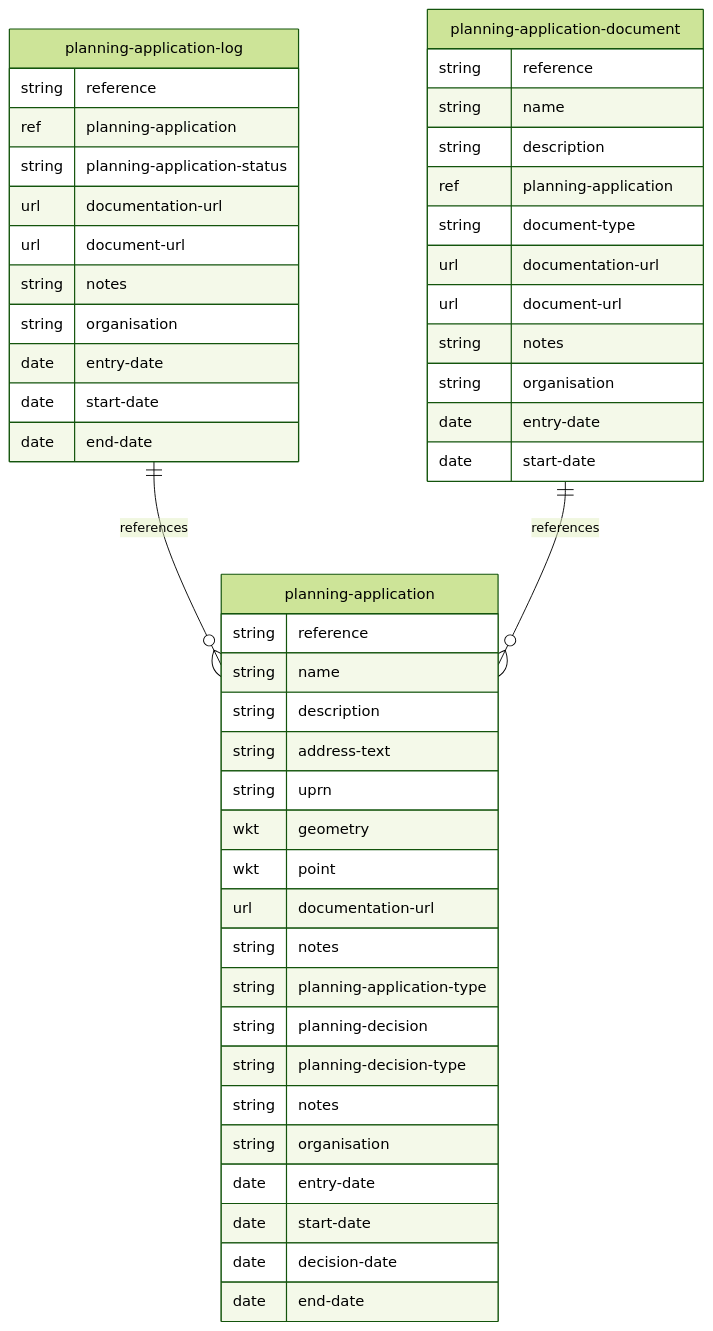
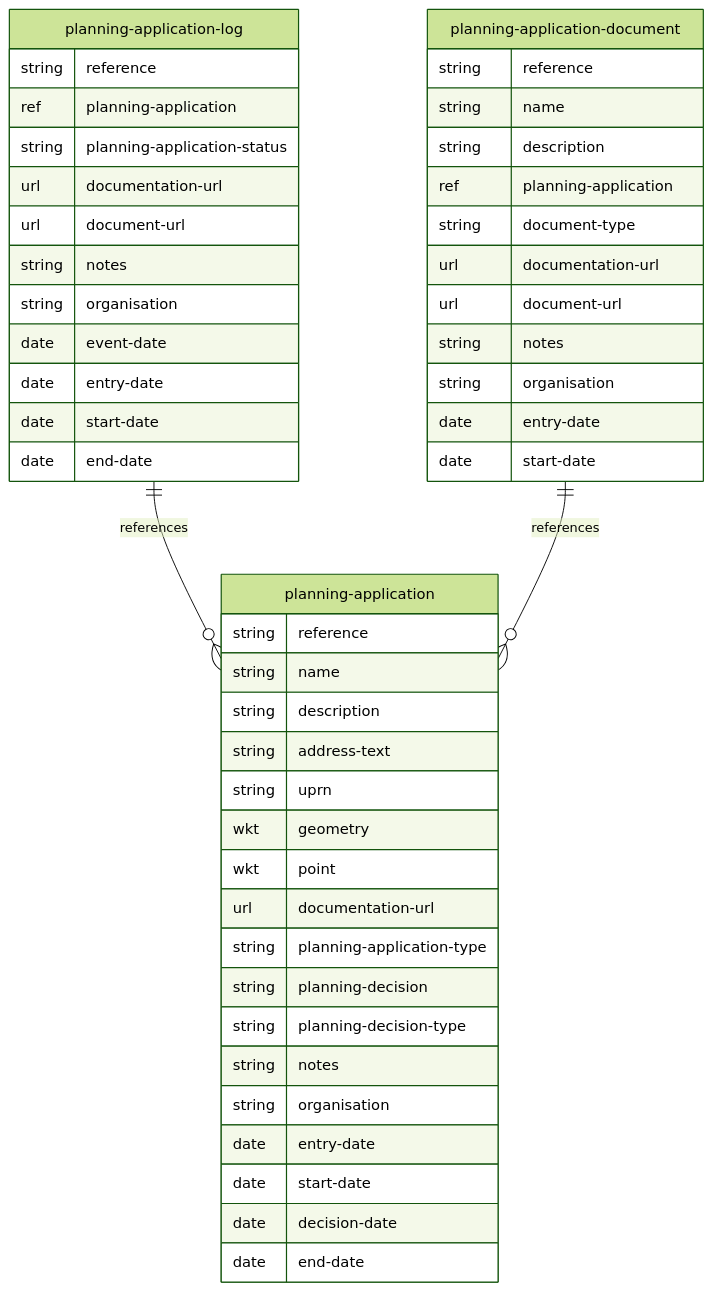
One commit to digital-land/specification changed the diagram in mermaid/planning-application.md. Above: the diagram before and after it, drawn with Mermaid (forest theme). The commit also changed 5 other files, not shown here.

Commit message:
Rebuilt docs mermaid

````diff
--- a/mermaid/planning-application.md
+++ b/mermaid/planning-application.md
@@ -4,50 +4,50 @@
 ```mermaid
 erDiagram
     planning-application {
         string reference
         string name
         string description
         string address-text
         string uprn
         wkt geometry
         wkt point
         url documentation-url
-        string notes
         string planning-application-type
         string planning-decision
         string planning-decision-type
         string notes
         string organisation
         date entry-date
         date start-date
         date decision-date
         date end-date
     }
     planning-application-log {
         string reference
         ref planning-application
         string planning-application-status
         url documentation-url
         url document-url
         string notes
         string organisation
+        date event-date
         date entry-date
         date start-date
         date end-date
     }
     planning-application-document {
         string reference
         string name
         string description
         ref planning-application
         string document-type
         url documentation-url
         url document-url
         string notes
         string organisation
         date entry-date
         date start-date
     }
     planning-application-log ||--o{ planning-application : references
     planning-application-document ||--o{ planning-application : references
 ```
````
